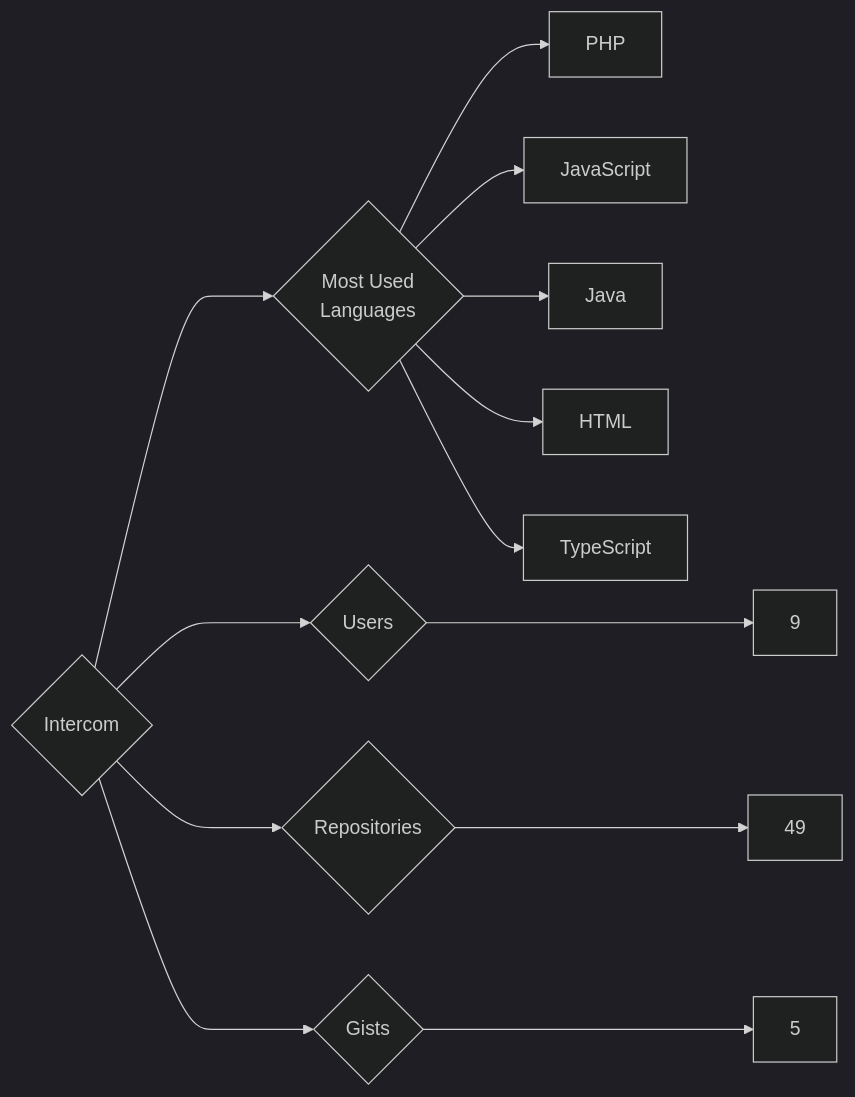
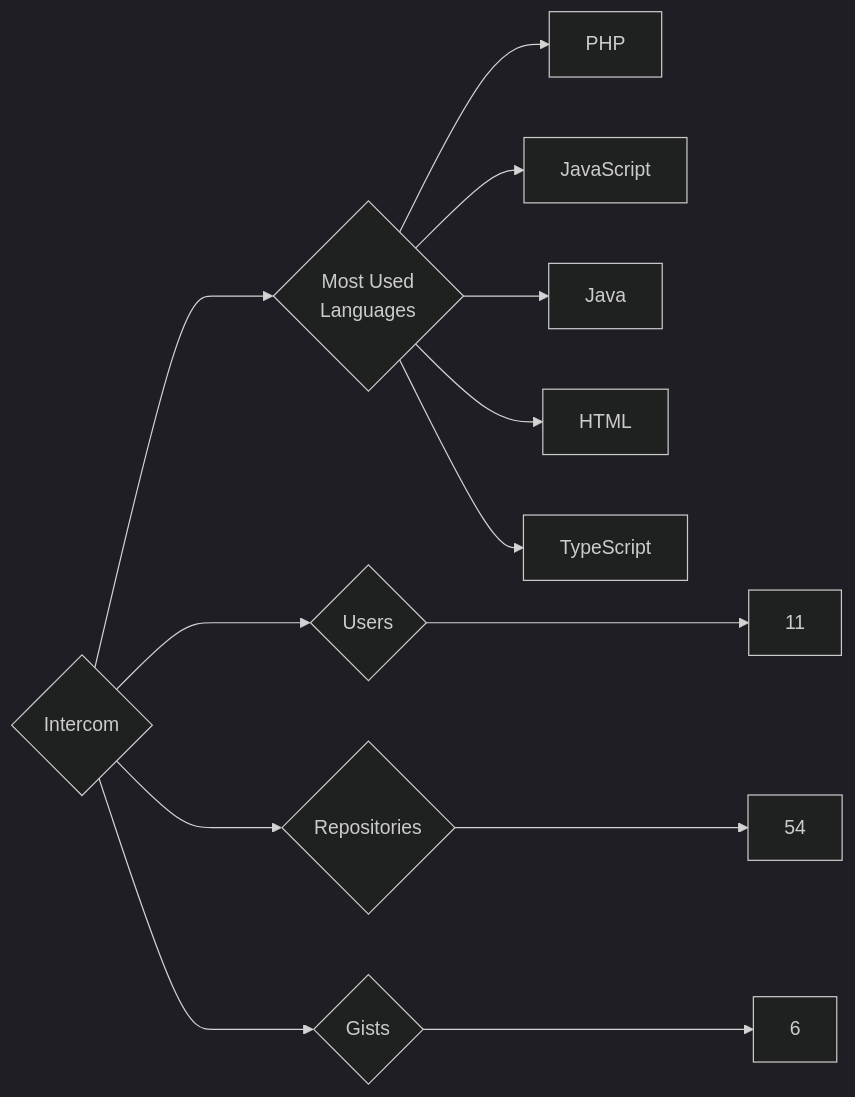
The diagram in targets/Intercom/README.md (trickest/insiders), drawn with Mermaid (dark theme) before and after one commit. The commit also changed 873 other files, not shown here.

````diff
--- a/targets/Intercom/README.md
+++ b/targets/Intercom/README.md
@@ -3,13 +3,13 @@
 ```mermaid
 graph LR
 COMPANY_NAME{Intercom}
-COMPANY_NAME ---> U{Users} ---> UN[9]
-COMPANY_NAME ---> R{Repositories} ---> RN[49]
-COMPANY_NAME ---> G{Gists} ---> GN[5]
+COMPANY_NAME ---> U{Users} ---> UN[11]
+COMPANY_NAME ---> R{Repositories} ---> RN[54]
+COMPANY_NAME ---> G{Gists} ---> GN[6]
 COMPANY_NAME ---> ML{Most Used<br>Languages}
 ML --> PHP[PHP]
 ML --> JavaScript[JavaScript]
 ML --> Java[Java]
 ML --> HTML[HTML]
 ML --> TypeScript[TypeScript]
 ```
````
